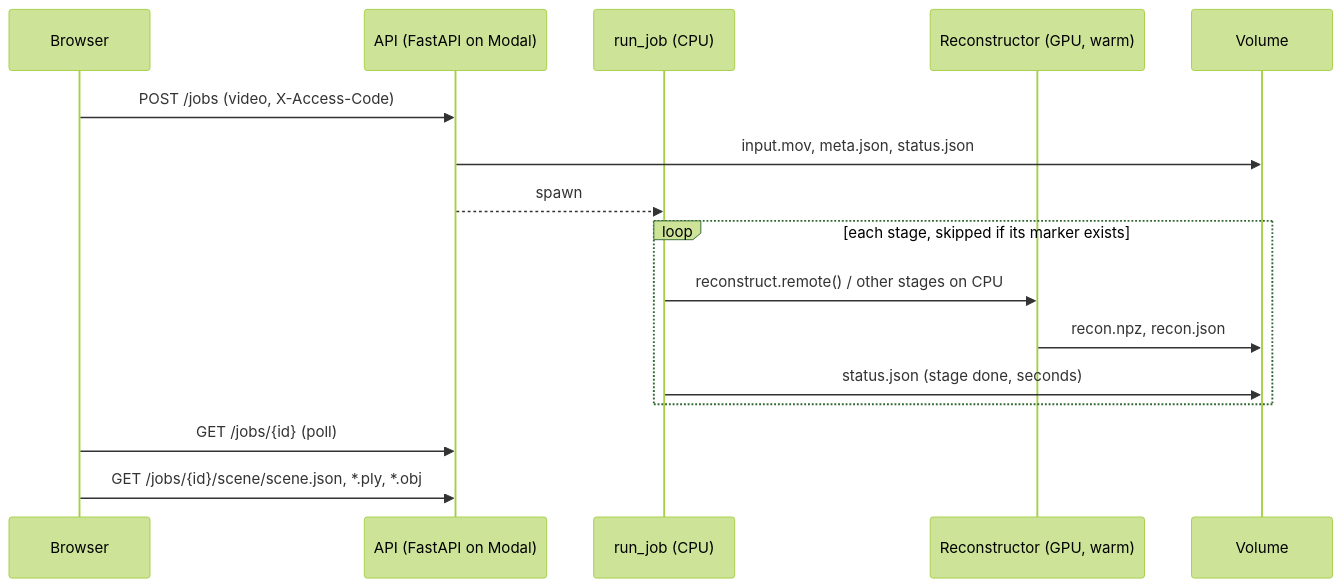
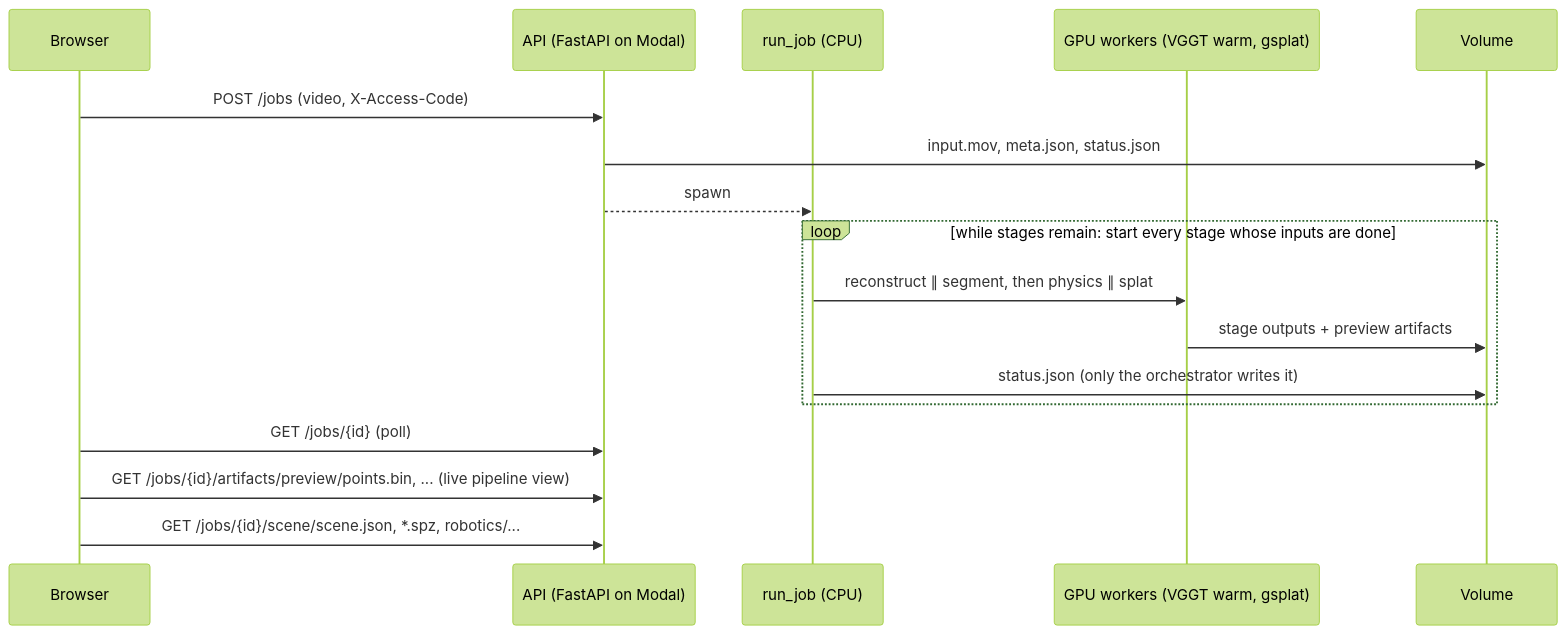
Before and after one commit to DanielTong50/3d-visualization: the second of 2 diagrams in docs/architecture.md, drawn with Mermaid (forest theme). The commit also changed other lines of this file and 3 other files, not shown here.

Commit message:
Update the architecture, design and scene format for Darius

````diff
--- a/docs/architecture.md
+++ b/docs/architecture.md
@@ -131,18 +231,19 @@
 ```mermaid
 sequenceDiagram
     participant B as Browser
     participant A as API (FastAPI on Modal)
     participant J as run_job (CPU)
-    participant G as Reconstructor (GPU, warm)
+    participant G as GPU workers (VGGT warm, gsplat)
     participant V as Volume
     B->>A: POST /jobs (video, X-Access-Code)
     A->>V: input.mov, meta.json, status.json
     A-->>J: spawn
-    loop each stage, skipped if its marker exists
-        J->>G: reconstruct.remote() / other stages on CPU
-        G->>V: recon.npz, recon.json
-        J->>V: status.json (stage done, seconds)
+    loop while stages remain: start every stage whose inputs are done
+        J->>G: reconstruct ∥ segment, then physics ∥ splat
+        G->>V: stage outputs + preview artifacts
+        J->>V: status.json (only the orchestrator writes it)
     end
     B->>A: GET /jobs/{id} (poll)
-    B->>A: GET /jobs/{id}/scene/scene.json, *.ply, *.obj
+    B->>A: GET /jobs/{id}/artifacts/preview/points.bin, ... (live pipeline view)
+    B->>A: GET /jobs/{id}/scene/scene.json, *.spz, robotics/...
 ```
````
